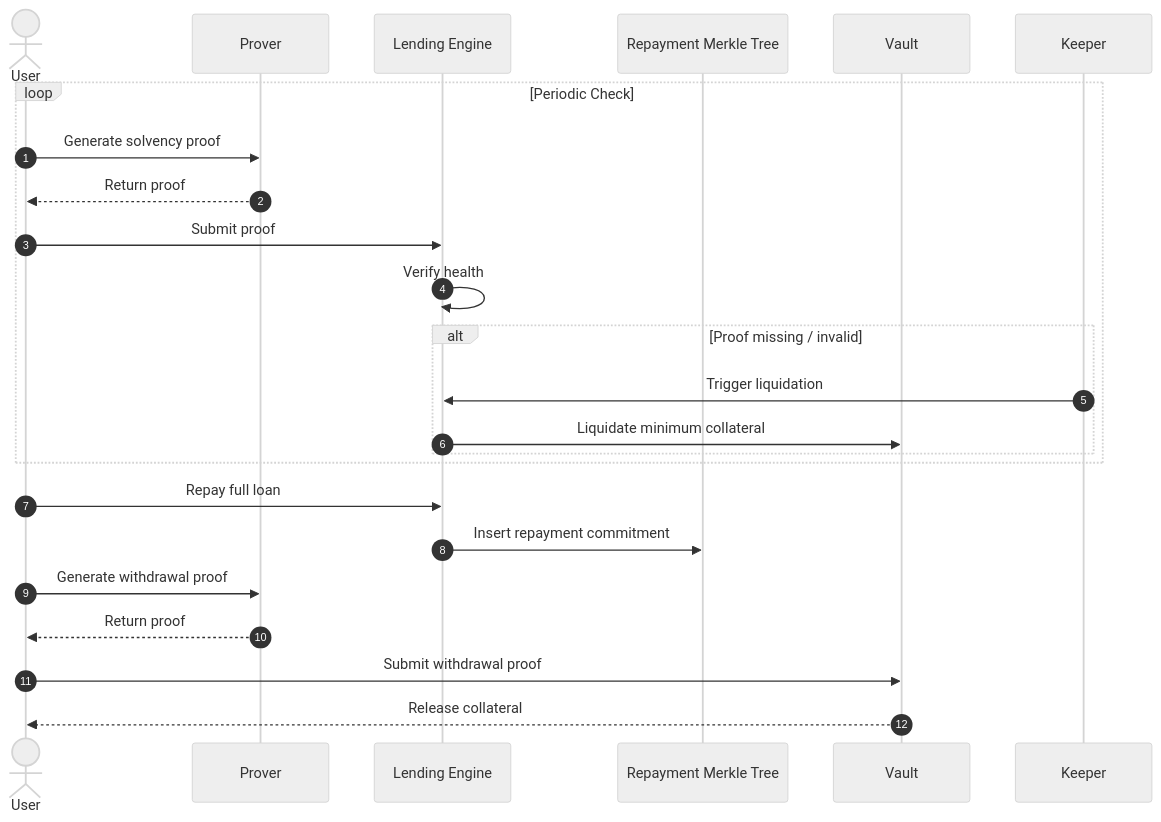
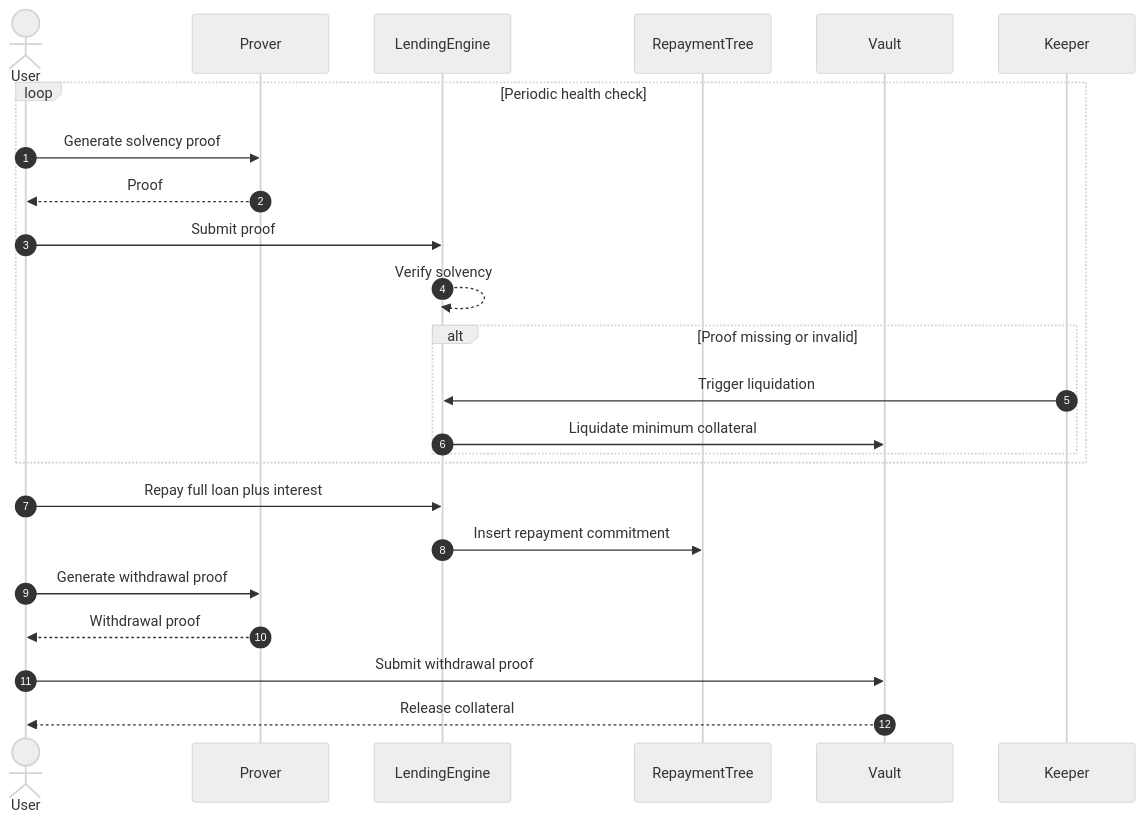
The third of 3 diagrams in README.md (VeilCredit/VeilCredit), drawn with Mermaid (neutral theme) before and after one commit. The commit also changed other lines of this file, not shown here.

````diff
--- a/README.md
+++ b/README.md
@@ -131,29 +130,29 @@
 ```mermaid
 sequenceDiagram
     autonumber
-    actor U as User
-    participant B as Prover
-    participant LE as Lending Engine
-    participant MT as Repayment Merkle Tree
-    participant VT as Vault
-    participant K as Keeper
+    actor User
+    participant Prover
+    participant LendingEngine
+    participant RepaymentTree
+    participant Vault
+    participant Keeper
 
-    loop Periodic Check
-        U->>B: Generate solvency proof
-        B-->>U: Return proof
-        U->>LE: Submit proof
-        LE->>LE: Verify health
-        alt Proof missing / invalid
-            K->>LE: Trigger liquidation
-            LE->>VT: Liquidate minimum collateral
+    loop Periodic health check
+        User->>Prover: Generate solvency proof
+        Prover-->>User: Proof
+        User->>LendingEngine: Submit proof
+        LendingEngine-->>LendingEngine: Verify solvency
+        alt Proof missing or invalid
+            Keeper->>LendingEngine: Trigger liquidation
+            LendingEngine->>Vault: Liquidate minimum collateral
         end
     end
 
-    U->>LE: Repay full loan
-    LE->>MT: Insert repayment commitment
+    User->>LendingEngine: Repay full loan plus interest
+    LendingEngine->>RepaymentTree: Insert repayment commitment
 
-    U->>B: Generate withdrawal proof
-    B-->>U: Return proof
-    U->>VT: Submit withdrawal proof
-    VT-->>U: Release collateral
+    User->>Prover: Generate withdrawal proof
+    Prover-->>User: Withdrawal proof
+    User->>Vault: Submit withdrawal proof
+    Vault-->>User: Release collateral
 ```
````
